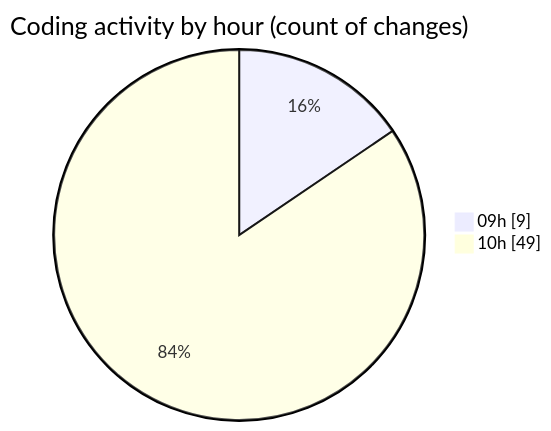
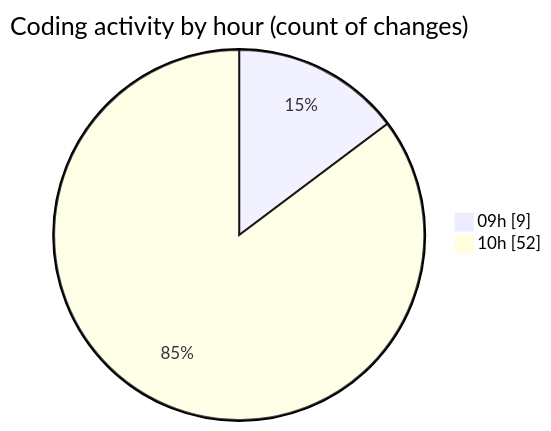
Before and after one commit to momahboobian/code-tracking: the second of 2 diagrams in 2026-09-01/cda/README.md, drawn with Mermaid. The commit also changed other lines of this file and 1 other file, not shown here.

````diff
--- a/2026-09-01/cda/README.md
+++ b/2026-09-01/cda/README.md
@@ -59,6 +61,6 @@
 ```mermaid
 pie showData
 title Coding activity by hour (count of changes)
 "09h" : 9
-"10h" : 49
+"10h" : 52
 ```
````
